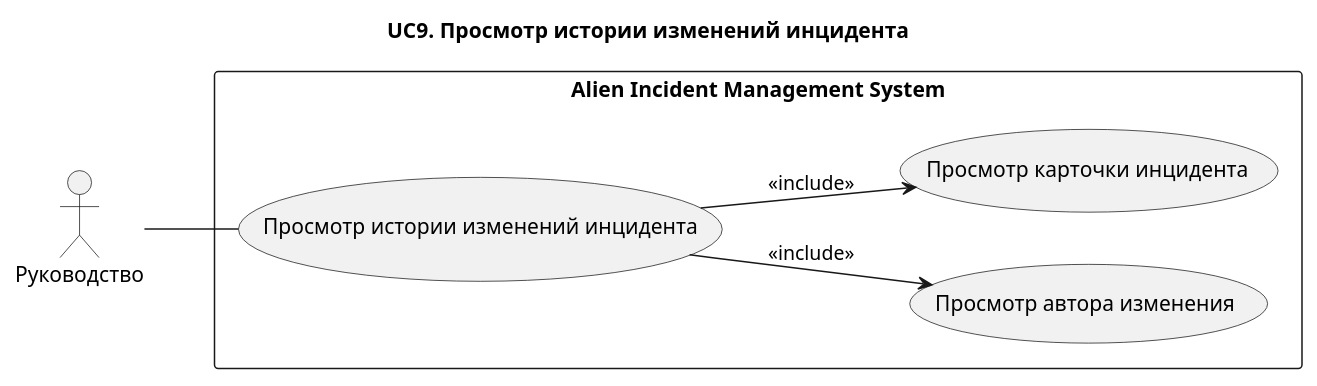
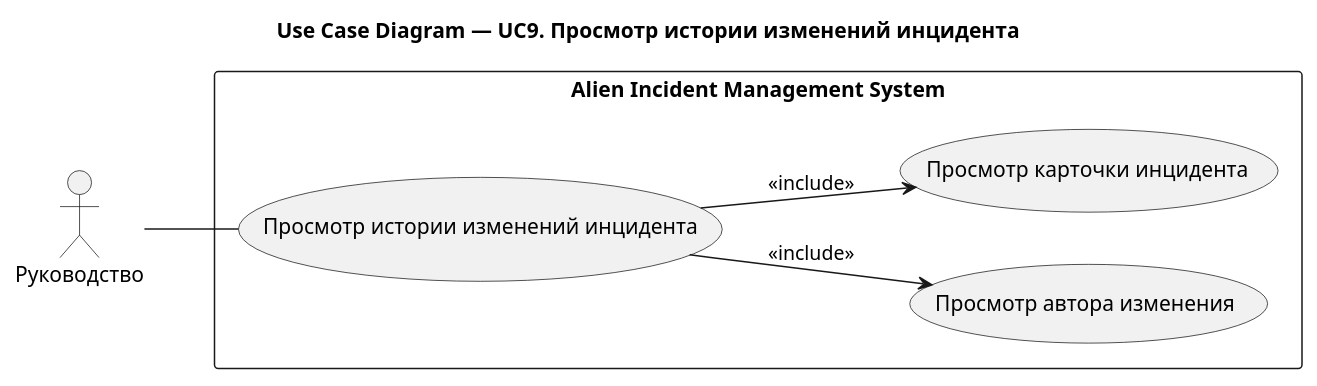
One commit to Andryss/AIMS changed the diagram in docs/use-case/UC9.md. Above: the diagram before and after it, drawn with PlantUML. The commit also changed 31 other files, not shown here.

````diff
--- a/docs/use-case/UC9.md
+++ b/docs/use-case/UC9.md
@@ -5,23 +5,23 @@
 ```plantuml
 @startuml
-title UC9. Просмотр истории изменений инцидента
+title Use Case Diagram — UC9. Просмотр истории изменений инцидента
 left to right direction
 
 actor "Руководство" as Management
 
 rectangle "Alien Incident Management System" {
 
 (Просмотр истории изменений инцидента) as UC11
 
 (Просмотр автора изменения) as UC113
 (Просмотр карточки инцидента) as UC111
 
 }
 
 Management -- UC11
 
 UC11 --> UC111 : <<include>>
 UC11 --> UC113 : <<include>>
 
 @enduml
 ```
````
